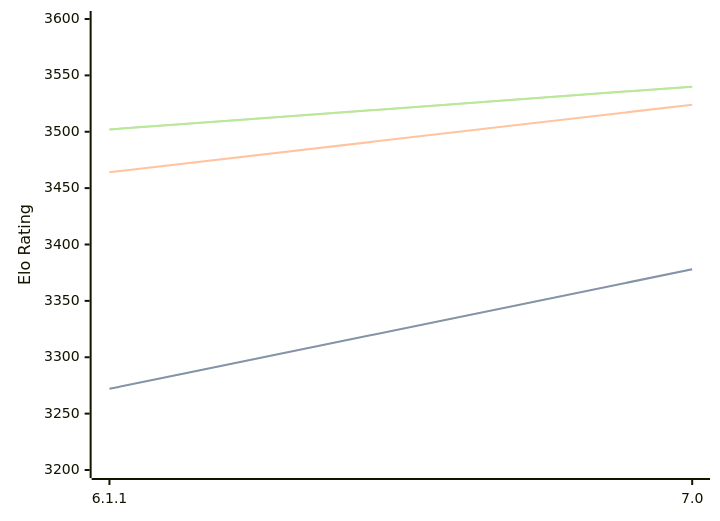
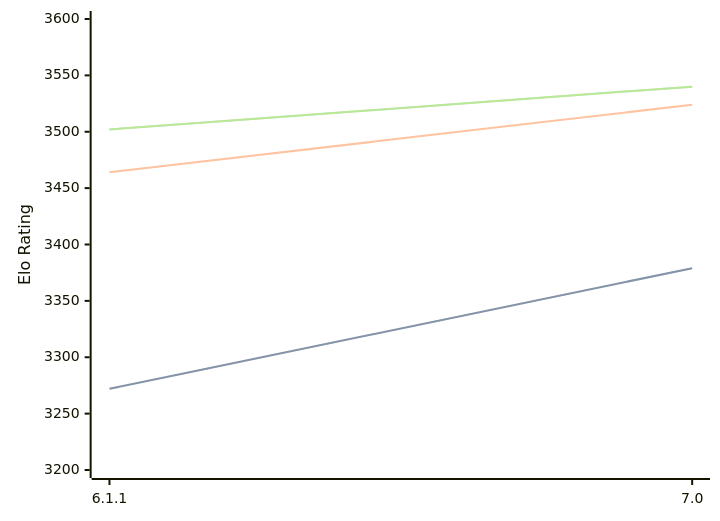
The diagram in engines/Astra.md (computer-chess-index/cci), drawn with Mermaid before and after one commit. The commit also changed other lines of this file, not shown here.

````diff
--- a/engines/Astra.md
+++ b/engines/Astra.md
@@ -44,11 +44,11 @@
 ```mermaid
 %%{init: {"theme":"base","themeVariables":{"seriesColors:['#a3a3a3','#222221','#faa371']}}}%%
 xychart-beta
   x-axis ["6.1.1", "7.0"]
   y-axis "Elo Rating" 3200 --> 3600
-  line "STC (8.0+0.08s)" [3272, 3378]
-  line "STC (8.0+0.08s)" [3272, 3378]
+  line "STC (8.0+0.08s)" [3272, 3379]
+  line "STC (8.0+0.08s)" [3272, 3379]
   line "LTC (60.0+0.60s)" [3464, 3524]
   line "VLTC (2m24s+1.12s)" [3502, 3540]
   line "VLTC (2m24s+1.12s)" [3502, 3540]
 ```
````
